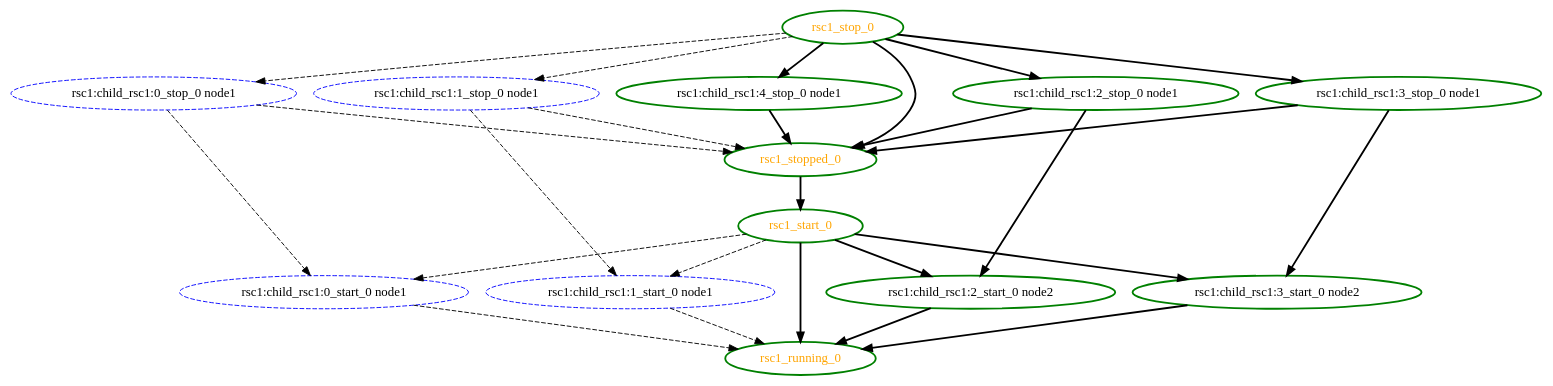
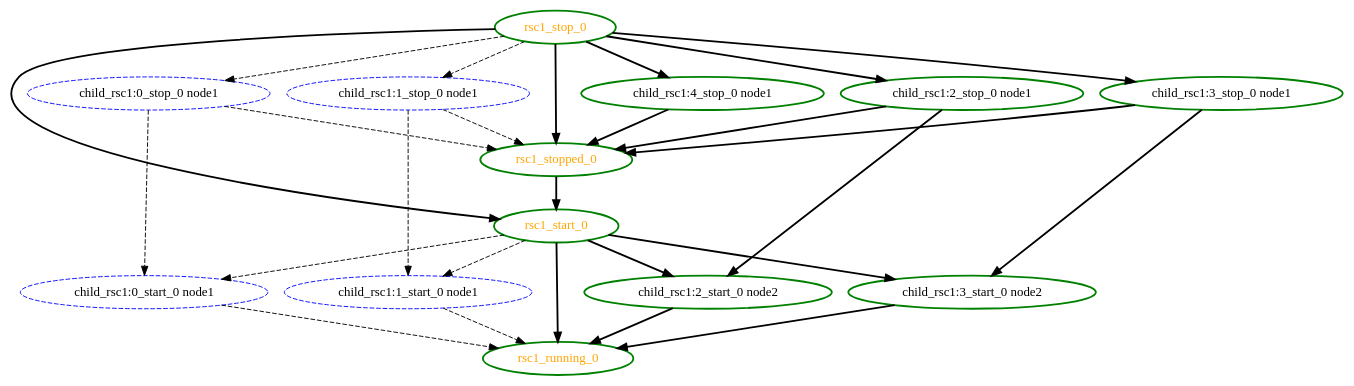
One commit to richiewen8/heartbeat changed the diagram in crm/pengine/testcases/inc2.dot. Above: the diagram before and after it, drawn with Graphviz. The commit also changed 200 other files, not shown here.

```diff
--- a/crm/pengine/testcases/inc2.dot
+++ b/crm/pengine/testcases/inc2.dot
@@ -1,41 +1,42 @@
 digraph "g" {
 	size = "30,30"
-"rsc1:child_rsc1:0_stop_0 node1" [ style="dashed" color="blue" fontcolor="black" ]
-"rsc1:child_rsc1:0_start_0 node1" [ style="dashed" color="blue" fontcolor="black" ]
-"rsc1:child_rsc1:1_stop_0 node1" [ style="dashed" color="blue" fontcolor="black" ]
-"rsc1:child_rsc1:1_start_0 node1" [ style="dashed" color="blue" fontcolor="black" ]
-"rsc1:child_rsc1:2_stop_0 node1" [ style=bold color="green" fontcolor="black" ]
-"rsc1:child_rsc1:2_start_0 node2" [ style=bold color="green" fontcolor="black" ]
-"rsc1:child_rsc1:3_stop_0 node1" [ style=bold color="green" fontcolor="black" ]
-"rsc1:child_rsc1:3_start_0 node2" [ style=bold color="green" fontcolor="black" ]
-"rsc1:child_rsc1:4_stop_0 node1" [ style=bold color="green" fontcolor="black" ]
+"child_rsc1:0_stop_0 node1" [ style="dashed" color="blue" fontcolor="black" ]
+"child_rsc1:0_start_0 node1" [ style="dashed" color="blue" fontcolor="black" ]
+"child_rsc1:1_stop_0 node1" [ style="dashed" color="blue" fontcolor="black" ]
+"child_rsc1:1_start_0 node1" [ style="dashed" color="blue" fontcolor="black" ]
+"child_rsc1:2_stop_0 node1" [ style=bold color="green" fontcolor="black" ]
+"child_rsc1:2_start_0 node2" [ style=bold color="green" fontcolor="black" ]
+"child_rsc1:3_stop_0 node1" [ style=bold color="green" fontcolor="black" ]
+"child_rsc1:3_start_0 node2" [ style=bold color="green" fontcolor="black" ]
+"child_rsc1:4_stop_0 node1" [ style=bold color="green" fontcolor="black" ]
 "rsc1_start_0" [ style=bold color="green" fontcolor="orange" ]
 "rsc1_running_0" [ style=bold color="green" fontcolor="orange" ]
 "rsc1_stop_0" [ style=bold color="green" fontcolor="orange" ]
 "rsc1_stopped_0" [ style=bold color="green" fontcolor="orange" ]
-"rsc1_stop_0" -> "rsc1:child_rsc1:0_stop_0 node1" [ style = dashed]
-"rsc1:child_rsc1:0_stop_0 node1" -> "rsc1:child_rsc1:0_start_0 node1" [ style = dashed]
-"rsc1_start_0" -> "rsc1:child_rsc1:0_start_0 node1" [ style = dashed]
-"rsc1_stop_0" -> "rsc1:child_rsc1:1_stop_0 node1" [ style = dashed]
-"rsc1:child_rsc1:1_stop_0 node1" -> "rsc1:child_rsc1:1_start_0 node1" [ style = dashed]
-"rsc1_start_0" -> "rsc1:child_rsc1:1_start_0 node1" [ style = dashed]
-"rsc1_stop_0" -> "rsc1:child_rsc1:2_stop_0 node1" [ style = bold]
-"rsc1:child_rsc1:2_stop_0 node1" -> "rsc1:child_rsc1:2_start_0 node2" [ style = bold]
-"rsc1_start_0" -> "rsc1:child_rsc1:2_start_0 node2" [ style = bold]
-"rsc1_stop_0" -> "rsc1:child_rsc1:3_stop_0 node1" [ style = bold]
-"rsc1:child_rsc1:3_stop_0 node1" -> "rsc1:child_rsc1:3_start_0 node2" [ style = bold]
-"rsc1_start_0" -> "rsc1:child_rsc1:3_start_0 node2" [ style = bold]
-"rsc1_stop_0" -> "rsc1:child_rsc1:4_stop_0 node1" [ style = bold]
+"rsc1_stop_0" -> "child_rsc1:0_stop_0 node1" [ style = dashed]
+"child_rsc1:0_stop_0 node1" -> "child_rsc1:0_start_0 node1" [ style = dashed]
+"rsc1_start_0" -> "child_rsc1:0_start_0 node1" [ style = dashed]
+"rsc1_stop_0" -> "child_rsc1:1_stop_0 node1" [ style = dashed]
+"child_rsc1:1_stop_0 node1" -> "child_rsc1:1_start_0 node1" [ style = dashed]
+"rsc1_start_0" -> "child_rsc1:1_start_0 node1" [ style = dashed]
+"rsc1_stop_0" -> "child_rsc1:2_stop_0 node1" [ style = bold]
+"child_rsc1:2_stop_0 node1" -> "child_rsc1:2_start_0 node2" [ style = bold]
+"rsc1_start_0" -> "child_rsc1:2_start_0 node2" [ style = bold]
+"rsc1_stop_0" -> "child_rsc1:3_stop_0 node1" [ style = bold]
+"child_rsc1:3_stop_0 node1" -> "child_rsc1:3_start_0 node2" [ style = bold]
+"rsc1_start_0" -> "child_rsc1:3_start_0 node2" [ style = bold]
+"rsc1_stop_0" -> "child_rsc1:4_stop_0 node1" [ style = bold]
+"rsc1_stop_0" -> "rsc1_start_0" [ style = bold]
 "rsc1_stopped_0" -> "rsc1_start_0" [ style = bold]
-"rsc1:child_rsc1:0_start_0 node1" -> "rsc1_running_0" [ style = dashed]
-"rsc1:child_rsc1:1_start_0 node1" -> "rsc1_running_0" [ style = dashed]
-"rsc1:child_rsc1:2_start_0 node2" -> "rsc1_running_0" [ style = bold]
-"rsc1:child_rsc1:3_start_0 node2" -> "rsc1_running_0" [ style = bold]
+"child_rsc1:0_start_0 node1" -> "rsc1_running_0" [ style = dashed]
+"child_rsc1:1_start_0 node1" -> "rsc1_running_0" [ style = dashed]
+"child_rsc1:2_start_0 node2" -> "rsc1_running_0" [ style = bold]
+"child_rsc1:3_start_0 node2" -> "rsc1_running_0" [ style = bold]
 "rsc1_start_0" -> "rsc1_running_0" [ style = bold]
-"rsc1:child_rsc1:0_stop_0 node1" -> "rsc1_stopped_0" [ style = dashed]
-"rsc1:child_rsc1:1_stop_0 node1" -> "rsc1_stopped_0" [ style = dashed]
-"rsc1:child_rsc1:2_stop_0 node1" -> "rsc1_stopped_0" [ style = bold]
-"rsc1:child_rsc1:3_stop_0 node1" -> "rsc1_stopped_0" [ style = bold]
-"rsc1:child_rsc1:4_stop_0 node1" -> "rsc1_stopped_0" [ style = bold]
+"child_rsc1:0_stop_0 node1" -> "rsc1_stopped_0" [ style = dashed]
+"child_rsc1:1_stop_0 node1" -> "rsc1_stopped_0" [ style = dashed]
+"child_rsc1:2_stop_0 node1" -> "rsc1_stopped_0" [ style = bold]
+"child_rsc1:3_stop_0 node1" -> "rsc1_stopped_0" [ style = bold]
+"child_rsc1:4_stop_0 node1" -> "rsc1_stopped_0" [ style = bold]
 "rsc1_stop_0" -> "rsc1_stopped_0" [ style = bold]
 }
```
